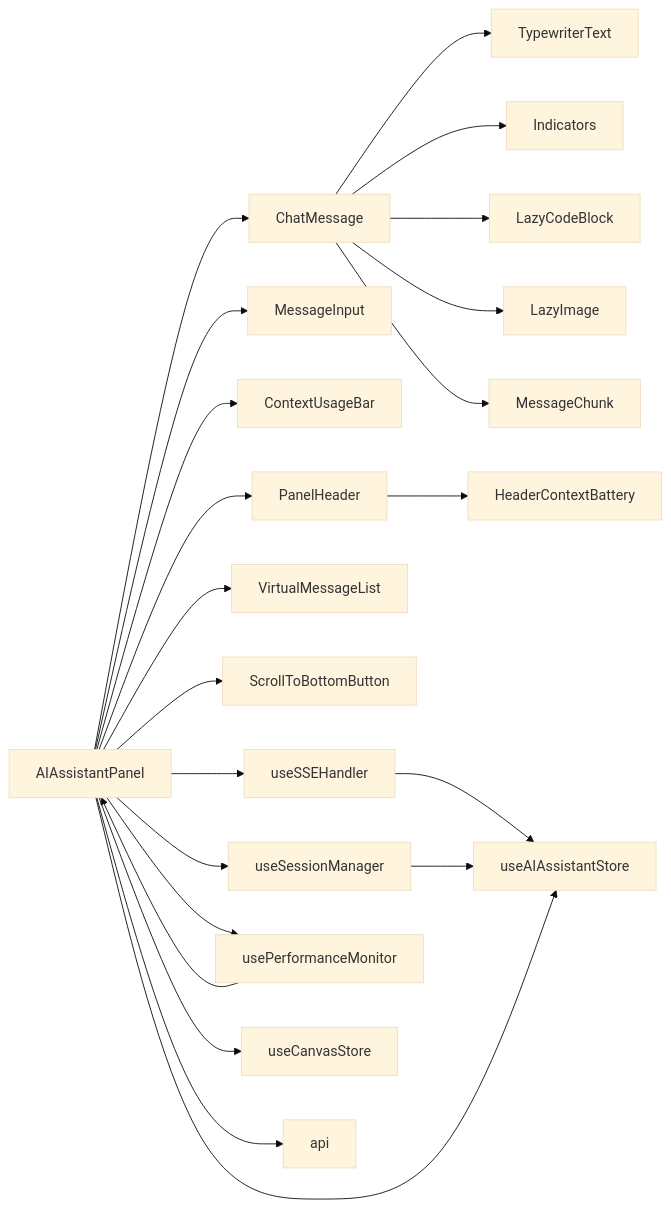
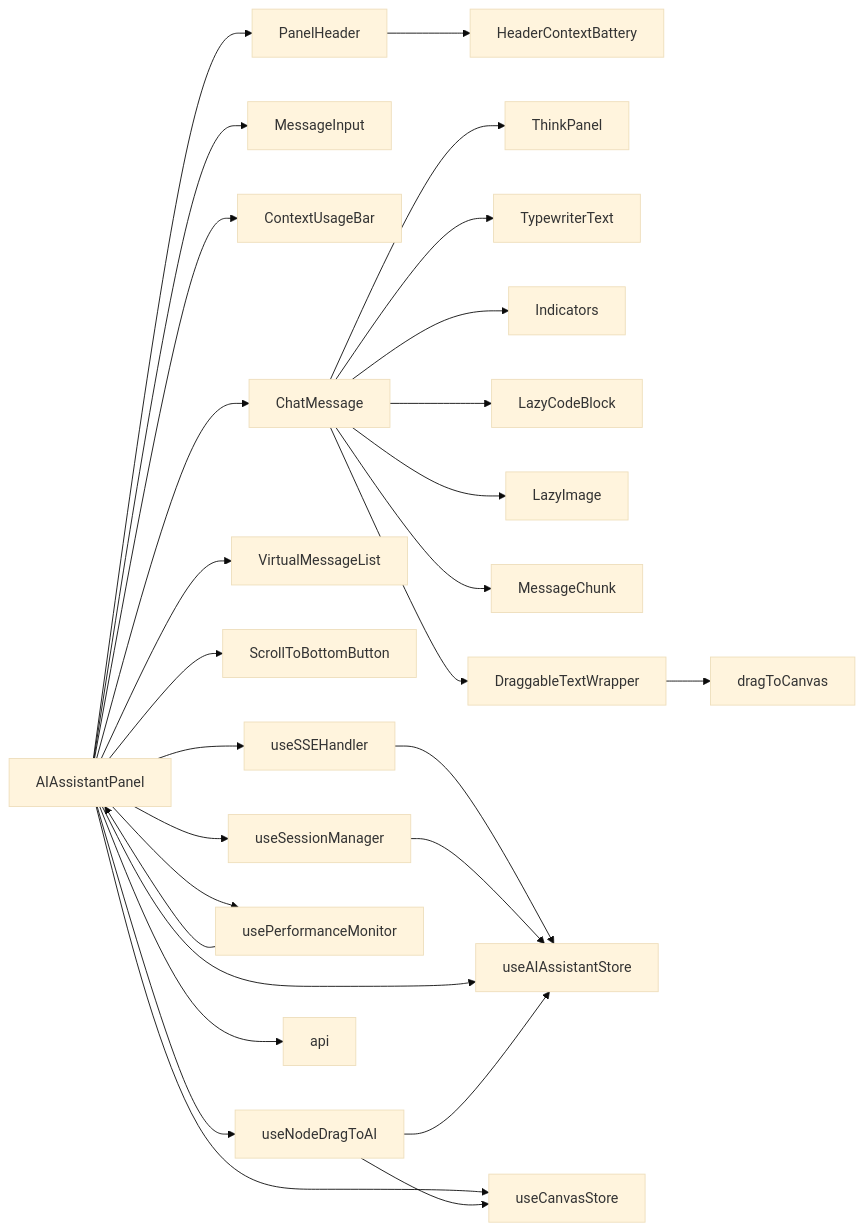
Before and after one commit to KunLabAI/KunFlix: the fifth of 5 diagrams in .qoder/repowiki/zh/content/前端应用架构/UI组件库/AI助手组件/AI助手组件.md, drawn with Mermaid (base theme). The commit also changed other lines of this file and 17 other files, not shown here.

````diff
--- a/.qoder/repowiki/zh/content/前端应用架构/UI组件库/AI助手组件/AI助手组件.md
+++ b/.qoder/repowiki/zh/content/前端应用架构/UI组件库/AI助手组件/AI助手组件.md
@@ -383,24 +709,30 @@
 ```mermaid
 graph LR
 Panel["AIAssistantPanel"] --> Msg["ChatMessage"]
 Panel --> Input["MessageInput"]
 Panel --> ContextBar["ContextUsageBar"]
 Panel --> Header["PanelHeader"]
 Panel --> VirtualList["VirtualMessageList"]
 Panel --> ScrollButton["ScrollToBottomButton"]
 Header --> HeaderContextBattery["HeaderContextBattery"]
 Panel --> SSE["useSSEHandler"]
 Panel --> Session["useSessionManager"]
 Panel --> PerfMonitor["usePerformanceMonitor"]
+Panel --> NodeDragHook["useNodeDragToAI"]
+Msg --> ThinkPanel["ThinkPanel"]
 Msg --> Typewriter["TypewriterText"]
 Msg --> Indicators["Indicators"]
 Msg --> LazyCode["LazyCodeBlock"]
 Msg --> LazyImage["LazyImage"]
 Msg --> MessageChunk["MessageChunk"]
+Msg --> DragWrapper["DraggableTextWrapper"]
+DragWrapper --> DragToCanvas["dragToCanvas"]
 SSE --> Store["useAIAssistantStore"]
 Session --> Store
 Panel --> Store
 Panel --> CanvasStore["useCanvasStore"]
 Panel --> API["api"]
 PerfMonitor --> Panel
+NodeDragHook --> Store
+NodeDragHook --> CanvasStore
 ```
````
